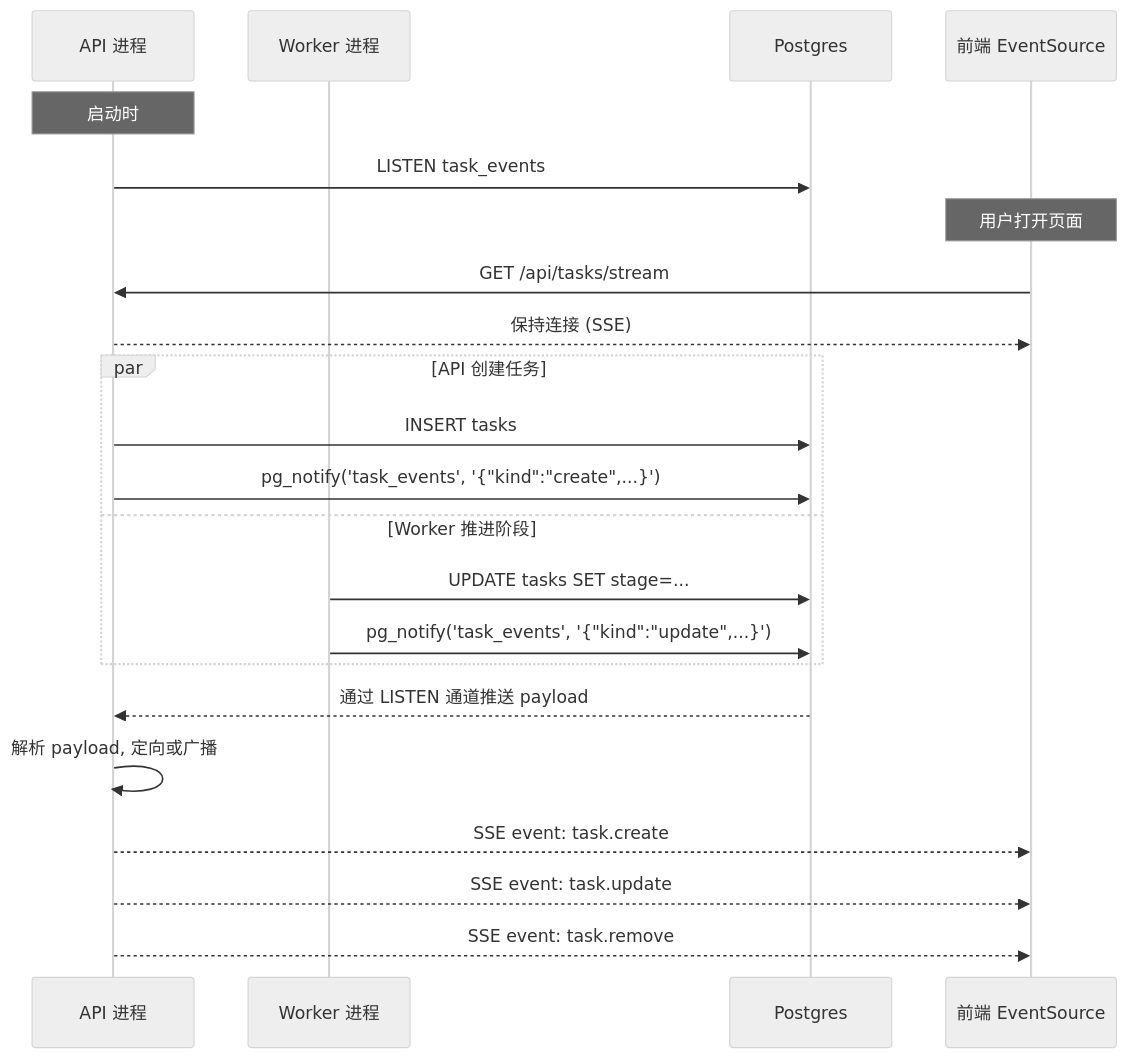
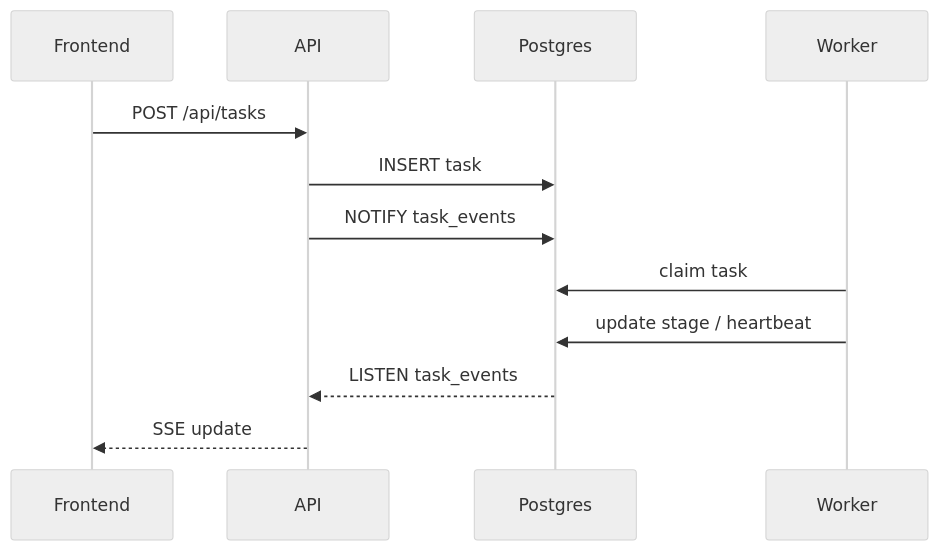
The fourth of 4 diagrams in voxpress-api/ARCHITECTURE-DIAGRAMS.md (weekdmond/voxpress), drawn with Mermaid (neutral theme) before and after one commit. The commit also changed other lines of this file and 22 other files, not shown here.

````diff
--- a/voxpress-api/ARCHITECTURE-DIAGRAMS.md
+++ b/voxpress-api/ARCHITECTURE-DIAGRAMS.md
@@ -302,28 +54,15 @@
 ```mermaid
 sequenceDiagram
-    participant API as API 进程
-    participant Worker as Worker 进程
+    participant FE as Frontend
+    participant API as API
     participant PG as Postgres
-    participant FE as 前端 EventSource
+    participant W as Worker
 
-    Note over API: 启动时
-    API->>PG: LISTEN task_events
-
-    Note over FE: 用户打开页面
-    FE->>API: GET /api/tasks/stream
-    API-->>FE: 保持连接 (SSE)
-
-    par API 创建任务
-        API->>PG: INSERT tasks
-        API->>PG: pg_notify('task_events', '{"kind":"create",...}')
-    and Worker 推进阶段
-        Worker->>PG: UPDATE tasks SET stage=...
-        Worker->>PG: pg_notify('task_events', '{"kind":"update",...}')
-    end
-
-    PG-->>API: 通过 LISTEN 通道推送 payload
-    API->>API: 解析 payload, 定向或广播
-    API-->>FE: SSE event: task.create
-    API-->>FE: SSE event: task.update
-    API-->>FE: SSE event: task.remove
+    FE->>API: POST /api/tasks
+    API->>PG: INSERT task
+    API->>PG: NOTIFY task_events
+    W->>PG: claim task
+    W->>PG: update stage / heartbeat
+    PG-->>API: LISTEN task_events
+    API-->>FE: SSE update
 ```
````
